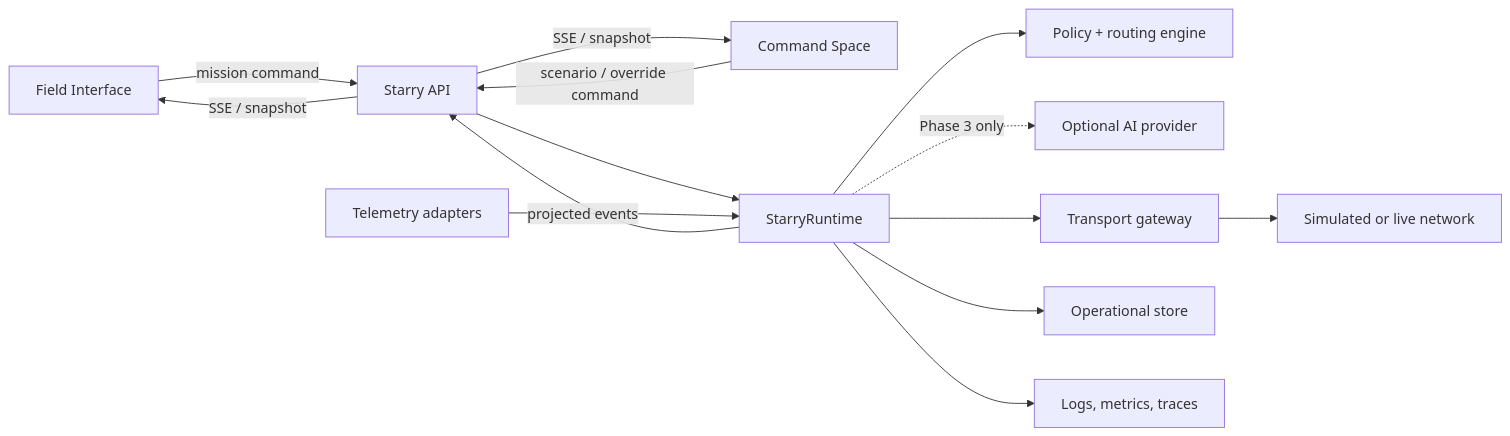
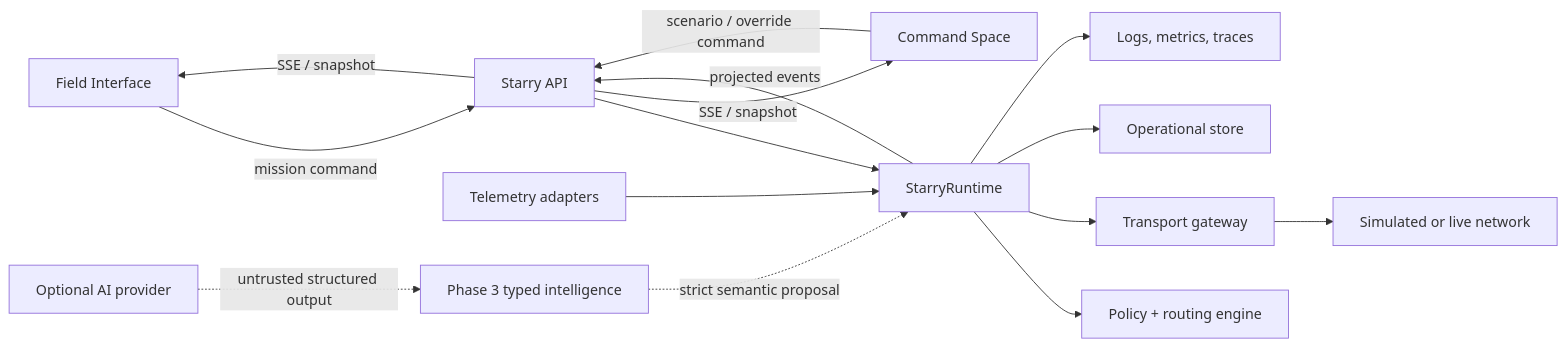
Before and after one commit to Yuz1ove/ARCI-Presidential: the first of 2 diagrams in docs/architecture.md, drawn with Mermaid. The commit also changed other lines of this file and 31 other files, not shown here.

````diff
--- a/docs/architecture.md
+++ b/docs/architecture.md
@@ -43,16 +43,17 @@
 ```mermaid
 flowchart LR
   Field["Field Interface"] -->|"mission command"| API["Starry API"]
   Command["Command Space"] -->|"scenario / override command"| API
   API --> Runtime["StarryRuntime"]
   Sensors["Telemetry adapters"] --> Runtime
   Runtime --> Policy["Policy + routing engine"]
-  Runtime -. "Phase 3 only" .-> Provider["Optional AI provider"]
+  Intelligence["Phase 3 typed intelligence"] -. "strict semantic proposal" .-> Runtime
+  Provider["Optional AI provider"] -. "untrusted structured output" .-> Intelligence
   Runtime --> Transport["Transport gateway"]
   Transport --> Network["Simulated or live network"]
   Runtime --> Store["Operational store"]
   Runtime --> Telemetry["Logs, metrics, traces"]
   Runtime -->|"projected events"| API
   API -->|"SSE / snapshot"| Field
   API -->|"SSE / snapshot"| Command
 ```
````
